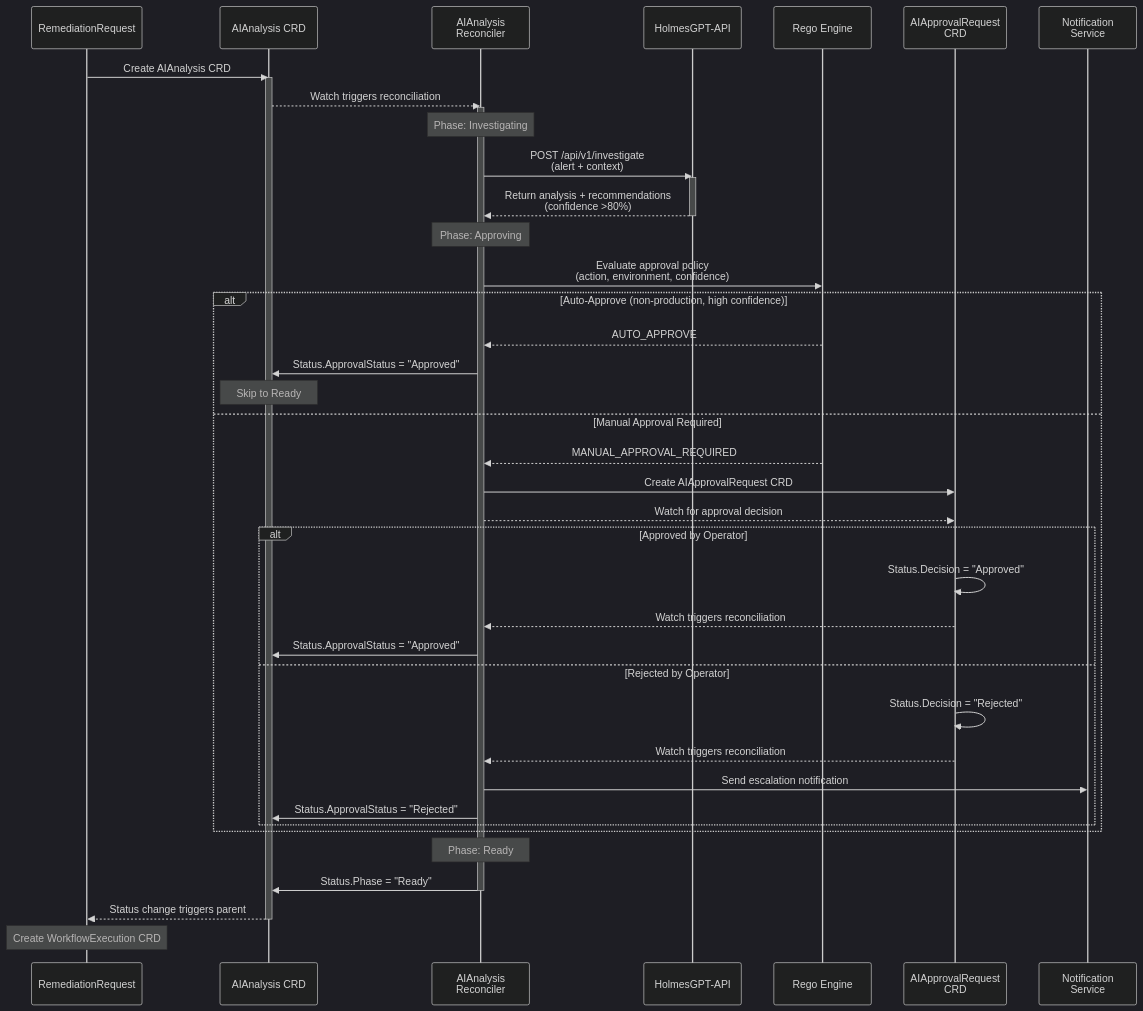
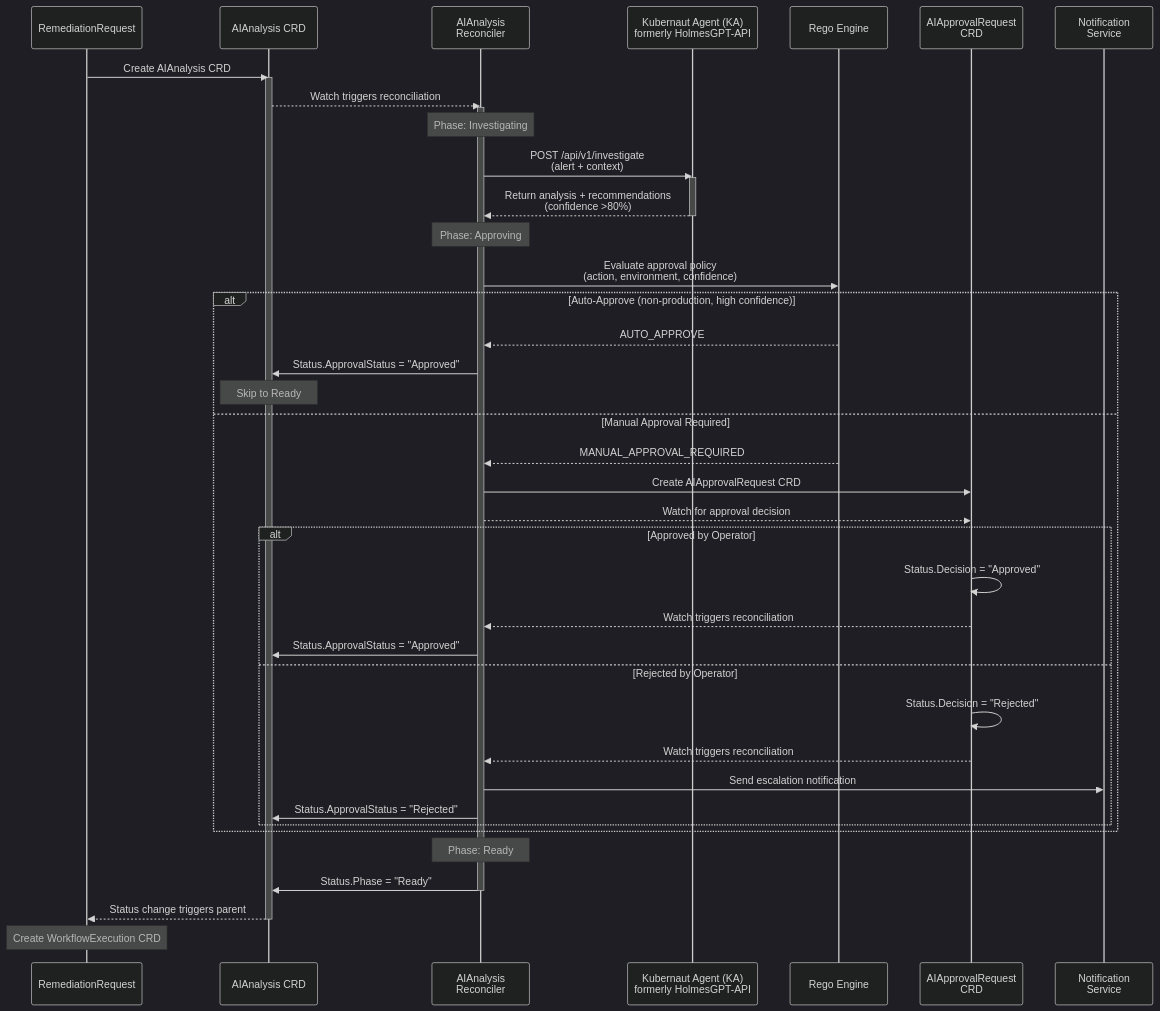
The fifth of 13 diagrams in docs/architecture/references/visual-diagrams-master.md (jordigilh/kubernaut), drawn with Mermaid (dark theme) before and after one commit. The commit also changed other lines of this file and 10 other files, not shown here.

````diff
--- a/docs/architecture/references/visual-diagrams-master.md
+++ b/docs/architecture/references/visual-diagrams-master.md
@@ -161,53 +172,53 @@
 ```mermaid
 sequenceDiagram
     participant AR as RemediationRequest
     participant AIA as AIAnalysis CRD
     participant Ctrl as AIAnalysis<br/>Reconciler
-    participant HG as HolmesGPT-API
+    participant HG as Kubernaut Agent (KA)<br/>formerly HolmesGPT-API
     participant Rego as Rego Engine
     participant App as AIApprovalRequest<br/>CRD
     participant Not as Notification<br/>Service
 
     AR->>AIA: Create AIAnalysis CRD
     activate AIA
     AIA-->>Ctrl: Watch triggers reconciliation
     activate Ctrl
 
     Note over Ctrl: Phase: Investigating
     Ctrl->>HG: POST /api/v1/investigate<br/>(alert + context)
     activate HG
     HG-->>Ctrl: Return analysis + recommendations<br/>(confidence >80%)
     deactivate HG
 
     Note over Ctrl: Phase: Approving
     Ctrl->>Rego: Evaluate approval policy<br/>(action, environment, confidence)
 
     alt Auto-Approve (non-production, high confidence)
         Rego-->>Ctrl: AUTO_APPROVE
         Ctrl->>AIA: Status.ApprovalStatus = "Approved"
         Note over AIA: Skip to Ready
     else Manual Approval Required
         Rego-->>Ctrl: MANUAL_APPROVAL_REQUIRED
         Ctrl->>App: Create AIApprovalRequest CRD
         Ctrl-->>App: Watch for approval decision
 
         alt Approved by Operator
             App->>App: Status.Decision = "Approved"
             App-->>Ctrl: Watch triggers reconciliation
             Ctrl->>AIA: Status.ApprovalStatus = "Approved"
         else Rejected by Operator
             App->>App: Status.Decision = "Rejected"
             App-->>Ctrl: Watch triggers reconciliation
             Ctrl->>Not: Send escalation notification
             Ctrl->>AIA: Status.ApprovalStatus = "Rejected"
         end
     end
 
     Note over Ctrl: Phase: Ready
     Ctrl->>AIA: Status.Phase = "Ready"
     deactivate Ctrl
     AIA-->>AR: Status change triggers parent
     deactivate AIA
 
     Note over AR: Create WorkflowExecution CRD
 ```
````
